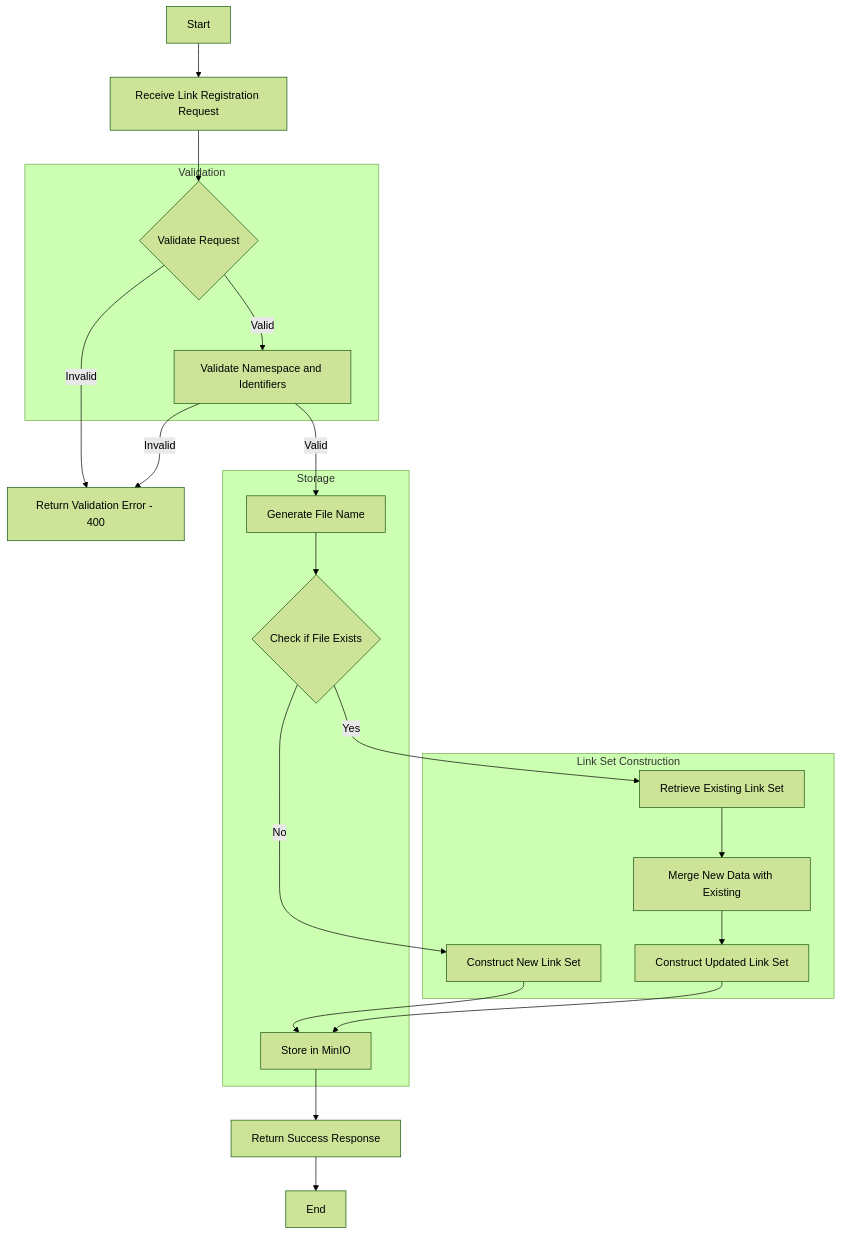
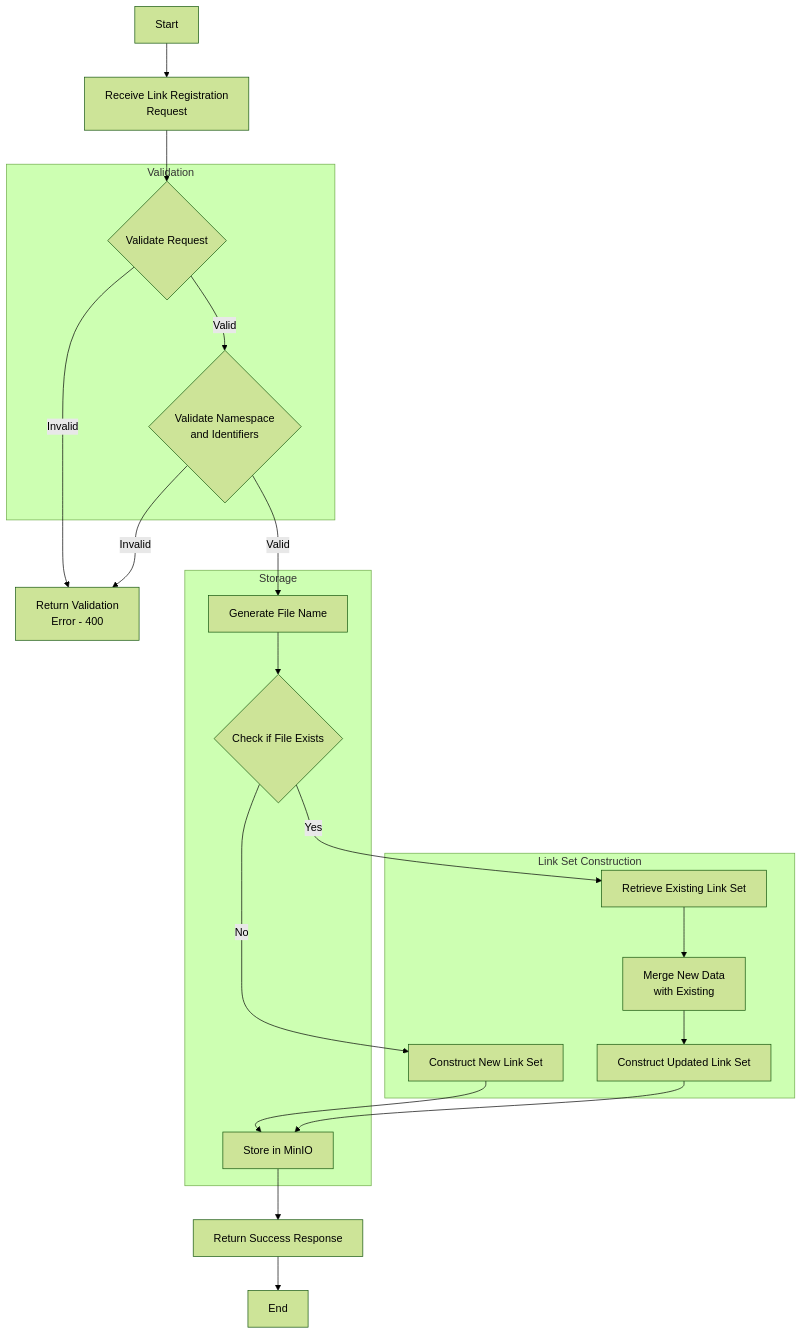
Before and after one commit to gs-gs/pyx-identity-resolver: the diagram in documentation/docs/introduction/link_registration.md, drawn with Mermaid (forest theme). The commit also changed 2 other files, not shown here.

Commit message:
docs: update flow diagrams

````diff
--- a/documentation/docs/introduction/link_registration.md
+++ b/documentation/docs/introduction/link_registration.md
@@ -80,36 +80,36 @@
 ```mermaid
 graph TD
-    A[Start] --> B[Receive Link Registration Request]
+    A[Start] --> B[Receive Link Registration <br> Request]
     B --> C{Validate Request}
-    C -->|Invalid| D[Return Validation Error - 400]
-    C -->|Valid| E[Validate Namespace and Identifiers]
+    C -->|Invalid| D[Return Validation <br>  Error - 400]
+    C -->|Valid| E{Validate Namespace <br>  and Identifiers}
     E -->|Invalid| D
     E -->|Valid| F[Generate File Name]
     F --> G{Check if File Exists}
     G -->|No| H[Construct New Link Set]
     G -->|Yes| I[Retrieve Existing Link Set]
-    I --> J[Merge New Data with Existing]
+    I --> J[Merge New Data <br> with Existing]
     J --> K[Construct Updated Link Set]
     H --> L[Store in MinIO]
     K --> L
     L --> M[Return Success Response]
     M --> N[End]
 
     subgraph Validation
     C
     E
     end
 
     subgraph Link Set Construction
     H
     I
     J
     K
     end
 
     subgraph Storage
     F
     G
     L
     end
 ```
````
